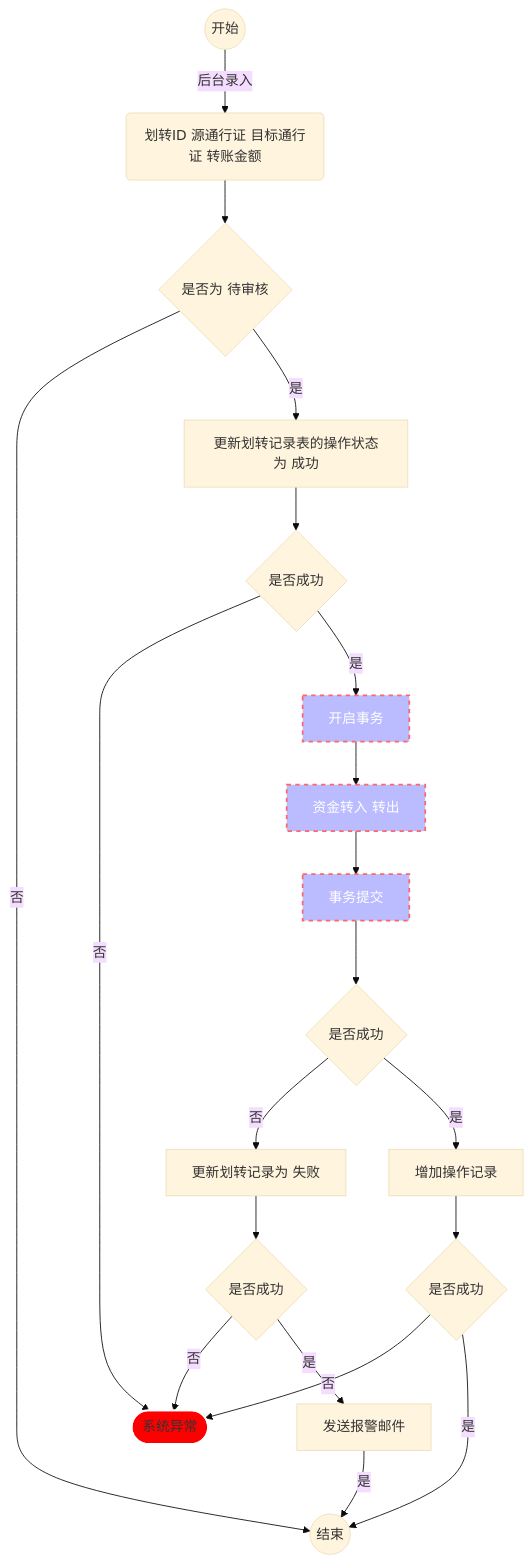
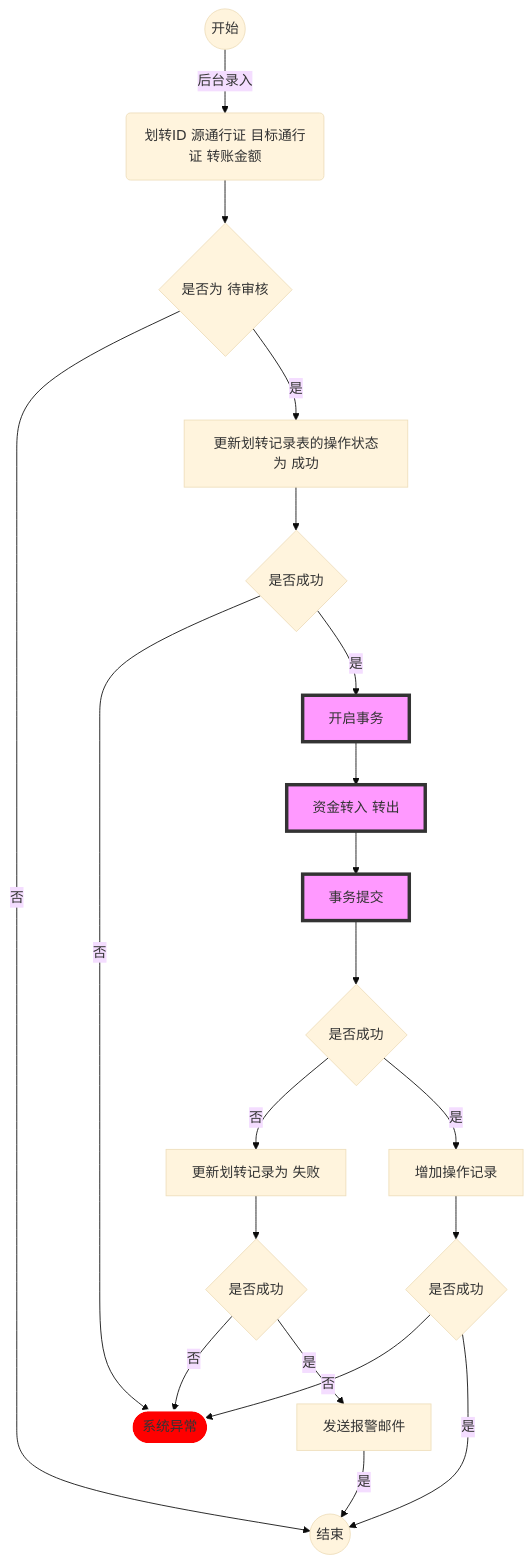
The diagram in README.md (ma-luyang/shimobang), drawn with Mermaid (base theme) before and after one commit.

````diff
--- a/README.md
+++ b/README.md
@@ -3,33 +3,33 @@
 ```mermaid
 flowchart TB
     A((开始)) -->|后台录入| B(划转ID 源通行证 目标通行证 转账金额)
     
     B --> C{是否为 待审核};
     C -->|否|Z((结束));
     C -->|是|D[更新划转记录表的操作状态为 成功];
     
     D --> E{是否成功};
     E -->|否|X([系统异常]);
     E -->|是|F[开启事务];
     F --> G[资金转入 转出];
     G --> H[事务提交];
     
     H --> I{是否成功};
     I -->|否|J[更新划转记录为 失败];
     I -->|是|K[增加操作记录];
     
     K --> L{是否成功};
     L -->|否|X([系统异常]);
     L -->|是|Z((结束));
     
     J --> M{是否成功};
     M -->|否|X([系统异常]);
     M -->|是|N[发送报警邮件];
     N -->|是|Z((结束));
     
     style X fill:#FF0000,stroke:#FFFFFF,stroke-width:2px
-    style F fill:#bbf,stroke:#f66,stroke-width:2px,color:#fff,stroke-dasharray: 5 5
-    style G fill:#bbf,stroke:#f66,stroke-width:2px,color:#fff,stroke-dasharray: 5 5
-    style H fill:#bbf,stroke:#f66,stroke-width:2px,color:#fff,stroke-dasharray: 5 5
+    style F fill:#f9f,stroke:#333,stroke-width:4px
+    style G fill:#f9f,stroke:#333,stroke-width:4px
+    style H fill:#f9f,stroke:#333,stroke-width:4px
     
 ```
````
